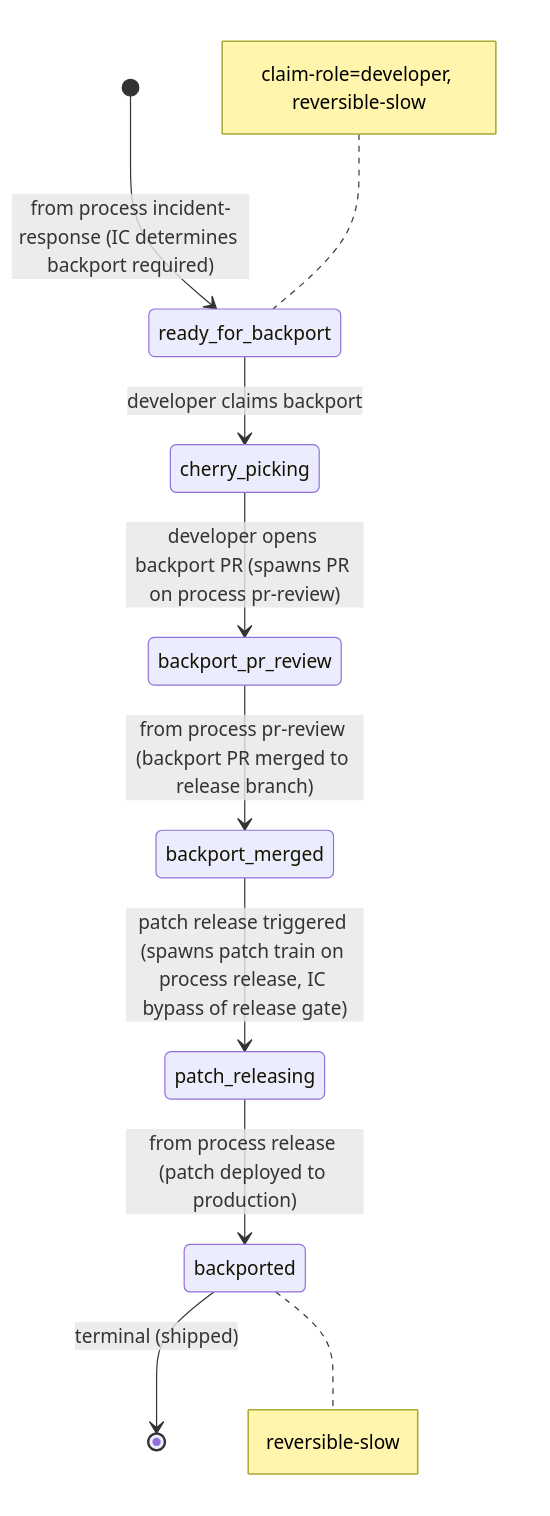
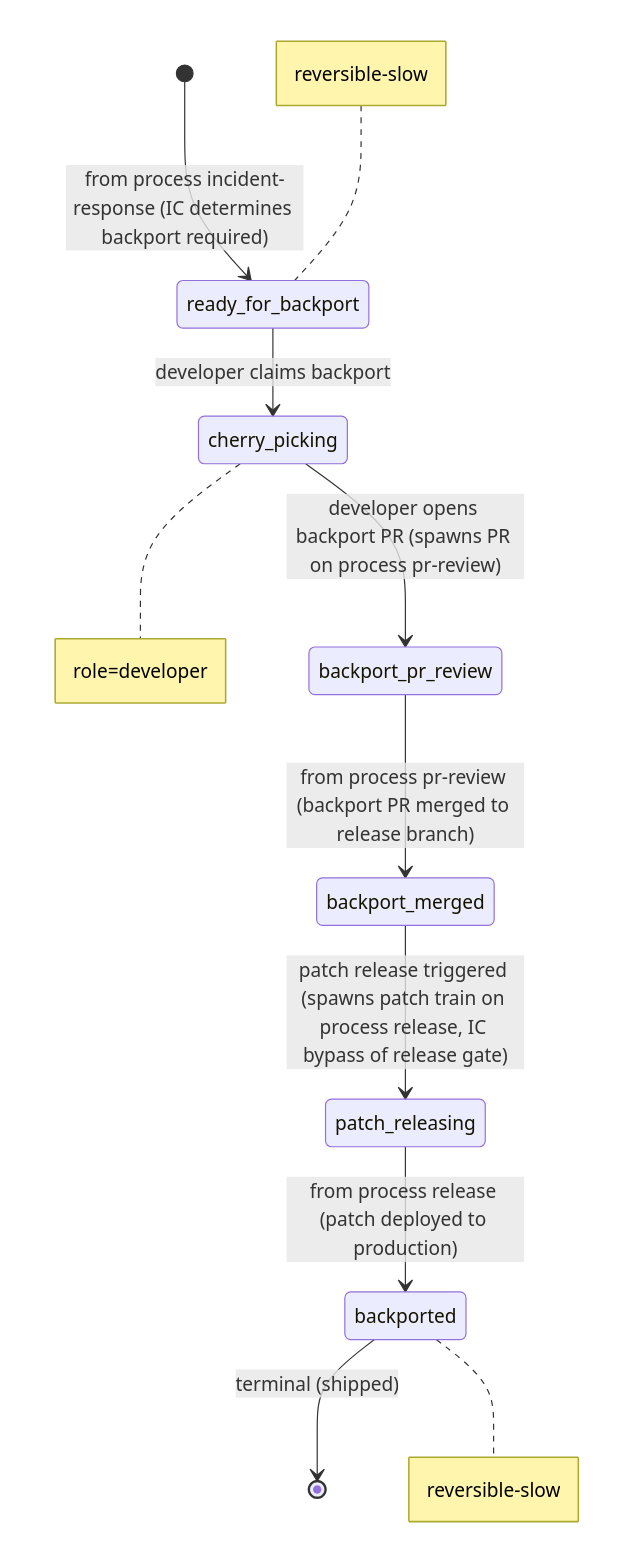
One commit to blemees/blemees-workflow changed the diagram in examples/workflows/backport.md. Above: the diagram before and after it, drawn with Mermaid. The commit also changed other lines of this file and 65 other files, not shown here.

````diff
--- a/examples/workflows/backport.md
+++ b/examples/workflows/backport.md
@@ -7,17 +7,18 @@
 ```mermaid
 stateDiagram-v2
     %% Cross-process interfaces:
     %%   Entry (spawn ): ready_for_backport from process incident-response
     %%
 
     [*] --> ready_for_backport: from process incident-response (IC determines backport required)
     ready_for_backport --> cherry_picking: developer claims backport
     cherry_picking --> backport_pr_review: developer opens backport PR (spawns PR on process pr-review)
     backport_pr_review --> backport_merged: from process pr-review (backport PR merged to release branch)
     backport_merged --> patch_releasing: patch release triggered (spawns patch train on process release, IC bypass of release gate)
     patch_releasing --> backported: from process release (patch deployed to production)
     backported --> [*]: terminal (shipped)
 
-    note left of ready_for_backport: claim-role=developer, reversible-slow
+    note left of ready_for_backport: reversible-slow
+    note right of cherry_picking: role=developer
     note right of backported: reversible-slow
 ```
````
